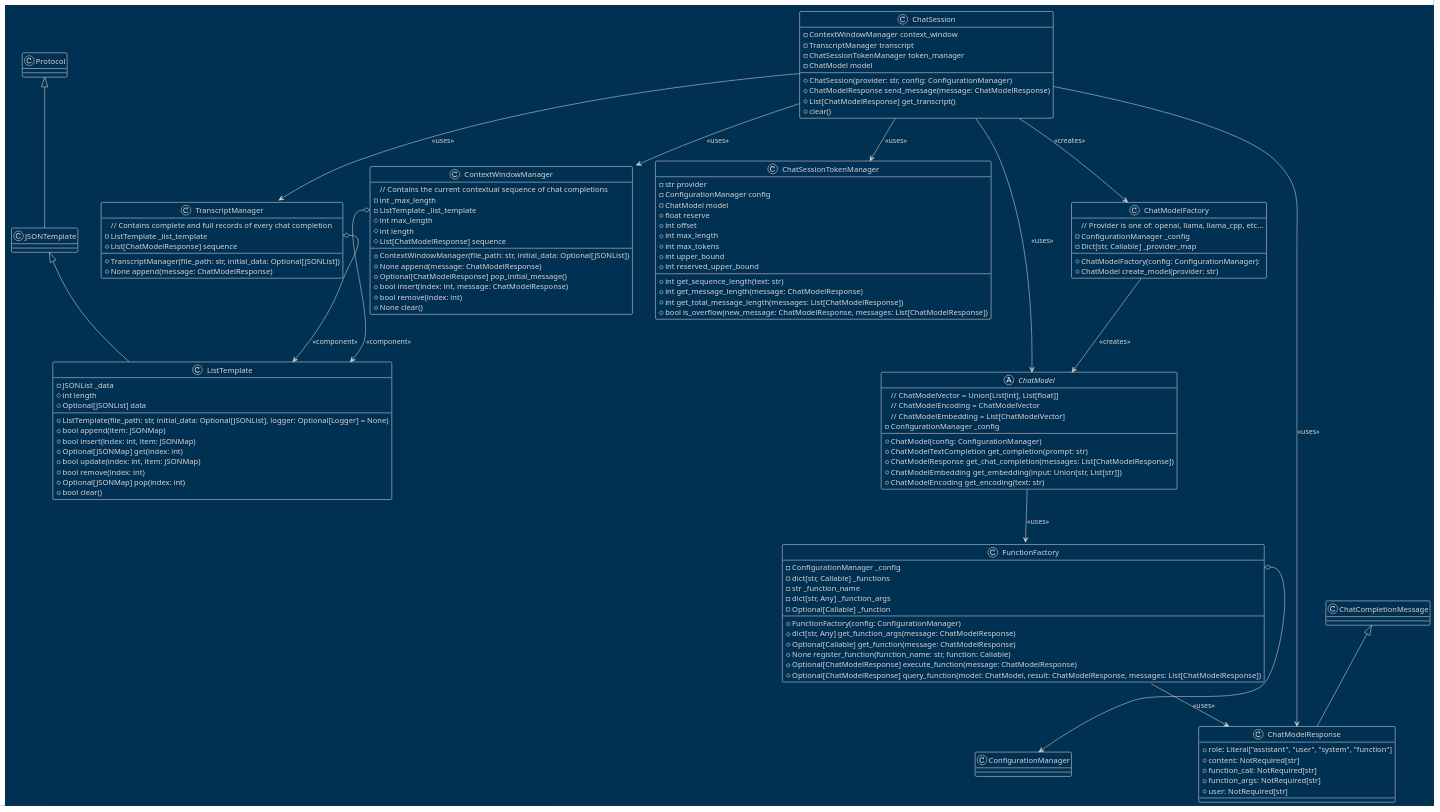
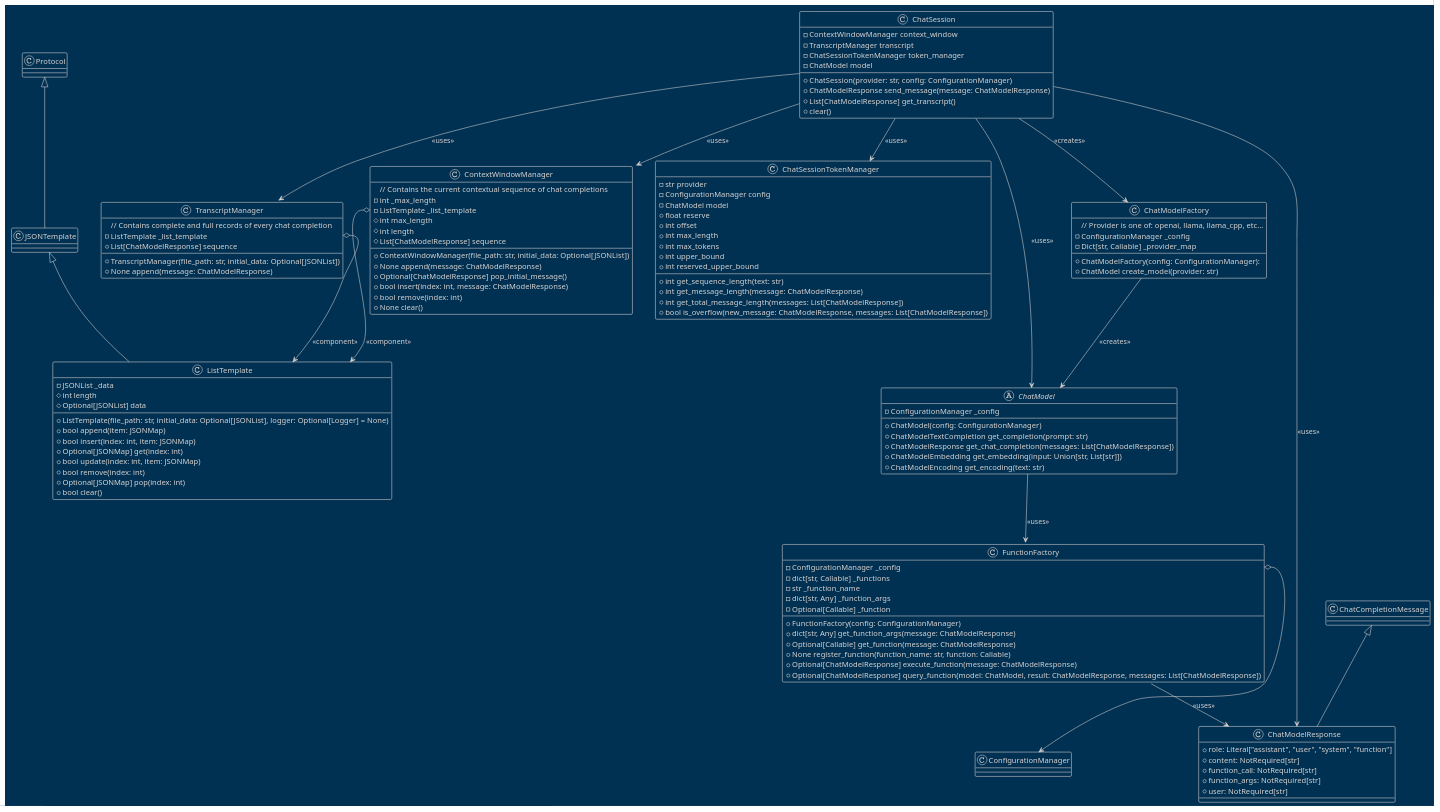
Before and after one commit to teleprint-me/py.gpt.prompt: the diagram in docs/diagrams/plantuml/ChatSession.puml, drawn with PlantUML.

Commit message:
docs: Update ChatSession.puml with Type Definitions
- Added type definitions in comments for ChatModel-related types (ChatModelVector, ChatModelEncoding, ChatModelEmbedding) to improve documentation and provide clarity.
- Commented out redundant type definitions for ChatModel-related types.

This commit enhances the UML diagram in ChatSession.puml by including type definitions in comments for various ChatModel-related types, improving documentation.

```diff
--- a/docs/diagrams/plantuml/ChatSession.puml
+++ b/docs/diagrams/plantuml/ChatSession.puml
@@ -1,153 +1,153 @@
 @startuml ChatSession
 !theme blueprint
 
 class ChatCompletionMessage {
     ' Represents a single completion message from the chat model.
 }
 
 class ChatModelResponse extends ChatCompletionMessage {
     ' Extends ChatCompletionMessage to include optional function calls and their arguments.
     ' The role of the message.
     + role: Literal["assistant", "user", "system", "function"]
     ' The content of the message.
     + content: NotRequired[str]
     ' The function being called, if applicable.
     + function_call: NotRequired[str]
     ' The arguments for the function call, if applicable.
     + function_args: NotRequired[str]
     ' The user who originated this message, if applicable.
     + user: NotRequired[str]
 }
 
 class JSONTemplate extends Protocol {
     ' A base template class for working with JSON files.
 }
 
 class ListTemplate extends JSONTemplate {
     ' A template class for managing a list of dictionaries in JSON files.
     ' JSONMap = Dict[str, Any]
     ' JSONList = List[JSONMap]
     - JSONList _data
     + ListTemplate(file_path: str, initial_data: Optional[JSONList], logger: Optional[Logger] = None)
     ' Return the length of the internal data list.
     # int length
     ' Return a copy of the internal data list or None if empty.
     # Optional[JSONList] data
     ' Append a dictionary to the internal data list.
     + bool append(item: JSONMap)
     ' Insert a dictionary at a specific index.
     + bool insert(index: int, item: JSONMap)
     ' Get a dictionary from a specific index.
     + Optional[JSONMap] get(index: int)
     ' Update a dictionary at a specific index.
     + bool update(index: int, item: JSONMap)
     ' Remove a dictionary at a specific index.
     + bool remove(index: int)
     ' Pop a dictionary from a specific index.
     + Optional[JSONMap] pop(index: int)
     ' Clear the internal data list.
     + bool clear()
 }
 
 class ContextWindowManager {
     // Contains the current contextual sequence of chat completions
     - int _max_length
     - ListTemplate _list_template
     + ContextWindowManager(file_path: str, initial_data: Optional[JSONList])
     # int max_length
     # int length
     # List[ChatModelResponse] sequence
     + None append(message: ChatModelResponse)
     + Optional[ChatModelResponse] pop_initial_message()
     + bool insert(index: int, message: ChatModelResponse)
     + bool remove(index: int)
     + None clear()
 }
 
 class TranscriptManager {
     // Contains complete and full records of every chat completion
     - ListTemplate _list_template
     + TranscriptManager(file_path: str, initial_data: Optional[JSONList])
     + None append(message: ChatModelResponse)
     + List[ChatModelResponse] sequence
 }
 
 class ChatSessionTokenManager {
     - str provider
     - ConfigurationManager config
     - ChatModel model
     + float reserve
     + int offset
     + int max_length
     + int max_tokens
     + int upper_bound
     + int reserved_upper_bound
     + int get_sequence_length(text: str)
     + int get_message_length(message: ChatModelResponse)
     + int get_total_message_length(messages: List[ChatModelResponse])
     + bool is_overflow(new_message: ChatModelResponse, messages: List[ChatModelResponse])
 }
 
 abstract class ChatModel {
-    // ChatModelVector = Union[List[int], List[float]]
-    // ChatModelEncoding = ChatModelVector
-    // ChatModelEmbedding = List[ChatModelVector]
+    ' ChatModelVector = Union[List[int], List[float]]
+    ' ChatModelEncoding = ChatModelVector
+    ' ChatModelEmbedding = List[ChatModelVector]
     - ConfigurationManager _config
     + ChatModel(config: ConfigurationManager)
     + ChatModelTextCompletion get_completion(prompt: str)
     + ChatModelResponse get_chat_completion(messages: List[ChatModelResponse])
     + ChatModelEmbedding get_embedding(input: Union[str, List[str]])
     + ChatModelEncoding get_encoding(text: str)
 }
 
 class ChatModelFactory {
     // Provider is one of: openai, llama, llama_cpp, etc...
     - ConfigurationManager _config
     - Dict[str, Callable] _provider_map
     + ChatModelFactory(config: ConfigurationManager):
     + ChatModel create_model(provider: str)
 }
 
 class FunctionFactory {
     - ConfigurationManager _config
     - dict[str, Callable] _functions
     - str _function_name
     - dict[str, Any] _function_args
     - Optional[Callable] _function
     + FunctionFactory(config: ConfigurationManager)
     + dict[str, Any] get_function_args(message: ChatModelResponse)
     + Optional[Callable] get_function(message: ChatModelResponse)
     + None register_function(function_name: str, function: Callable)
     + Optional[ChatModelResponse] execute_function(message: ChatModelResponse)
     + Optional[ChatModelResponse] query_function(model: ChatModel, result: ChatModelResponse, messages: List[ChatModelResponse])
 }
 
 class ChatSession {
     - ContextWindowManager context_window
     - TranscriptManager transcript
     - ChatSessionTokenManager token_manager
     - ChatModel model
     + ChatSession(provider: str, config: ConfigurationManager)
     + ChatModelResponse send_message(message: ChatModelResponse)
     + List[ChatModelResponse] get_transcript()
     + clear()
 }
 
 
 ContextWindowManager::_list_template o--> ListTemplate : <<component>>
 TranscriptManager::_list_template o--> ListTemplate : <<component>>
 
 ChatSession --> ChatModelFactory : <<creates>>
 ChatModelFactory --> ChatModel : <<creates>>
 
 FunctionFactory::_config o--> ConfigurationManager
 FunctionFactory --> ChatModelResponse : <<uses>>
 ChatModel --> FunctionFactory : <<uses>>
 
 ChatSession --> ChatModelResponse : <<uses>>
 ChatSession --> ChatModel : <<uses>>
 ChatSession --> ContextWindowManager : <<uses>>
 ChatSession --> TranscriptManager : <<uses>>
 ChatSession --> ChatSessionTokenManager : <<uses>>
 
 @enduml
```
